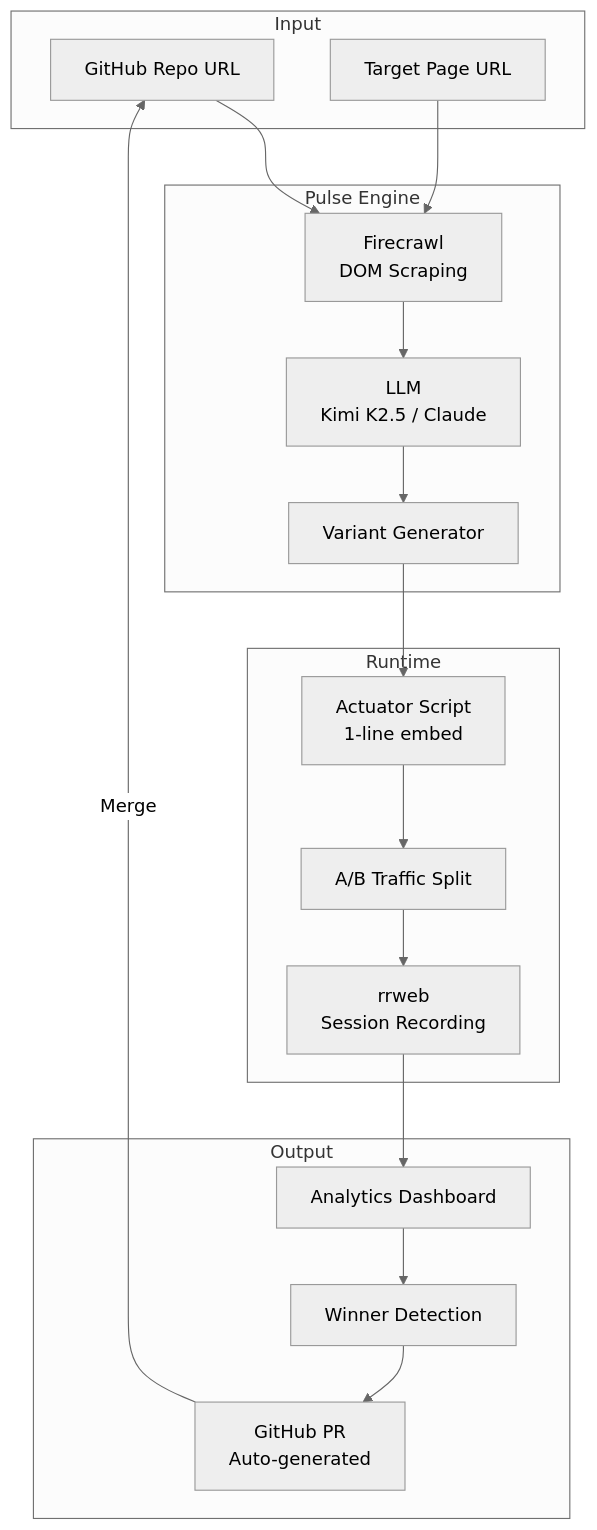
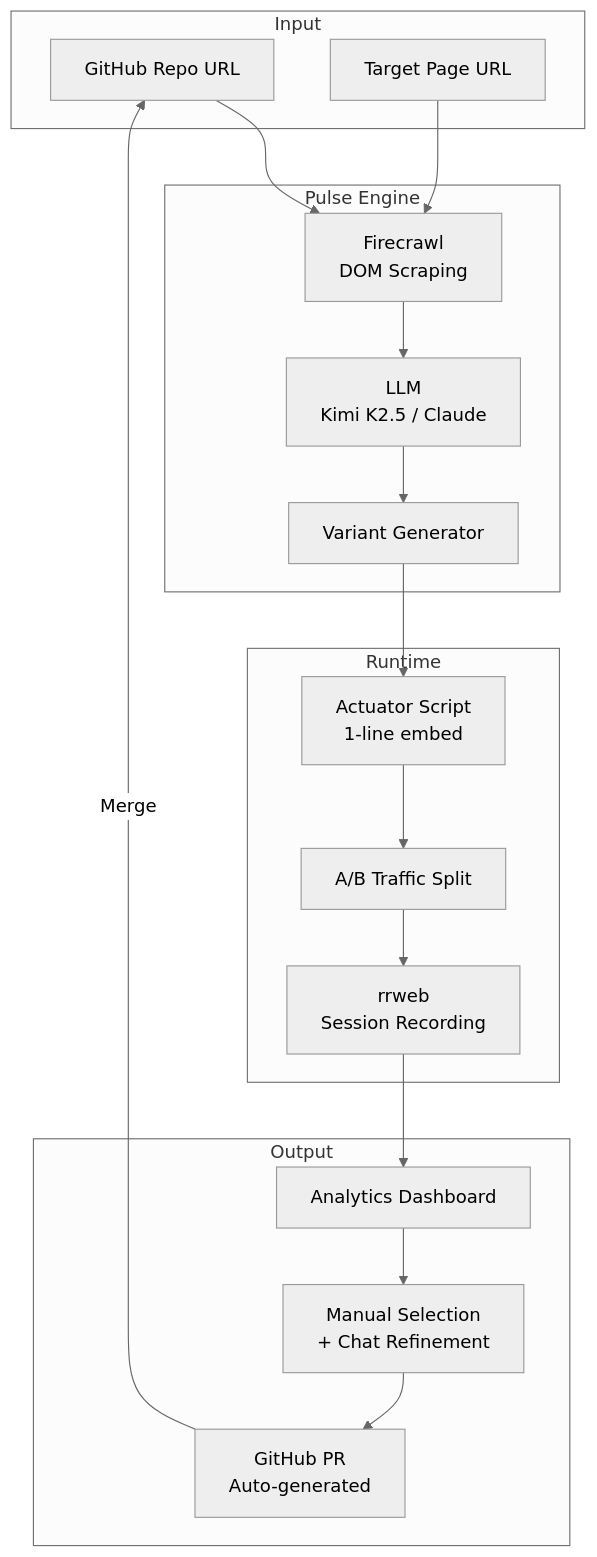
The diagram in README.md (shlawgathon/pulse), drawn with Mermaid (neutral theme) before and after one commit.

Commit message:
Update diagram: manual selection with chat refinement

````diff
--- a/README.md
+++ b/README.md
@@ -27,37 +27,37 @@
 ```mermaid
 flowchart TB
     subgraph Input
         A[GitHub Repo URL]
         B[Target Page URL]
     end
 
     subgraph Pulse Engine
         C[Firecrawl<br/>DOM Scraping]
         D[LLM<br/>Kimi K2.5 / Claude]
         E[Variant Generator]
     end
 
     subgraph Runtime
         F[Actuator Script<br/>1-line embed]
         G[A/B Traffic Split]
         H[rrweb<br/>Session Recording]
     end
 
     subgraph Output
         I[Analytics Dashboard]
-        J[Winner Detection]
+        J[Manual Selection<br/>+ Chat Refinement]
         K[GitHub PR<br/>Auto-generated]
     end
 
     A --> C
     B --> C
     C --> D
     D --> E
     E --> F
     F --> G
     G --> H
     H --> I
     I --> J
     J --> K
     K -->|Merge| A
 ```
````
